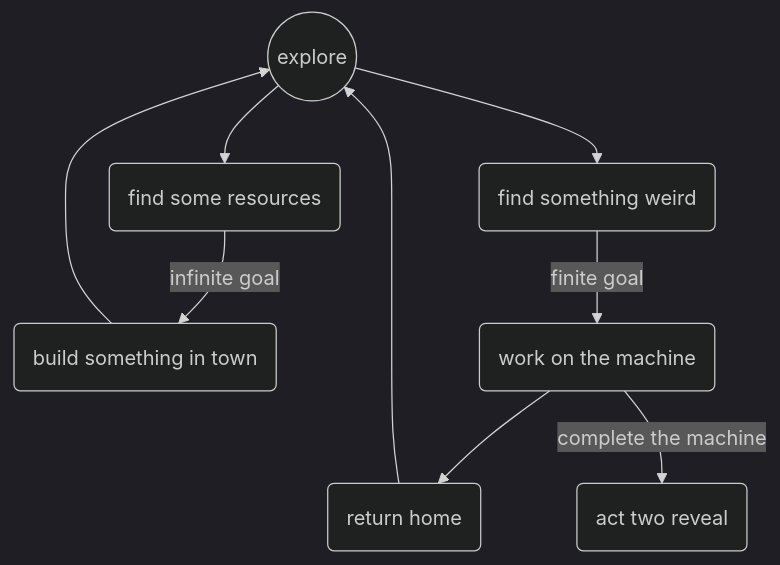
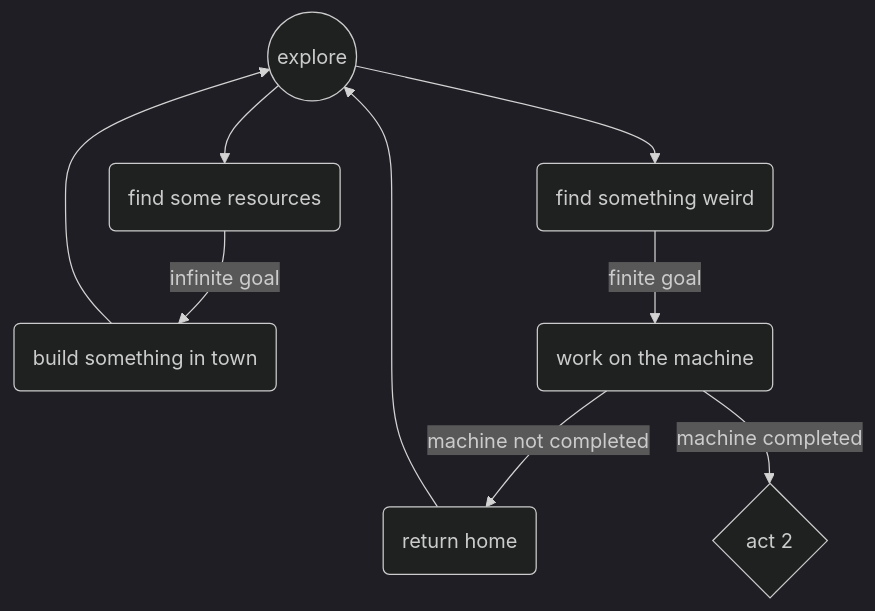
One commit to colinabarry/game480-obsidian changed the diagram in 1. Ideas/Machination/Colin's Vision.md. Above: the diagram before and after it, drawn with Mermaid (dark theme). The commit also changed other lines of this file, not shown here.

````diff
--- a/1. Ideas/Machination/Colin's Vision.md
+++ b/1. Ideas/Machination/Colin's Vision.md
@@ -46,11 +46,11 @@
 ```mermaid
 graph TD
     A((explore)) --> B(find some resources)
     A --> C(find something weird)
     B -- infinite goal --> D(build something in town)
     C -- finite goal --> E(work on the machine)
-    E --> F(return home)
-    E -- complete the machine --> G(act two reveal)
+    E -- machine not completed --> F(return home)
+    E -- machine completed --> G{act 2}
     D --> A
     F --> A
 ```
````
